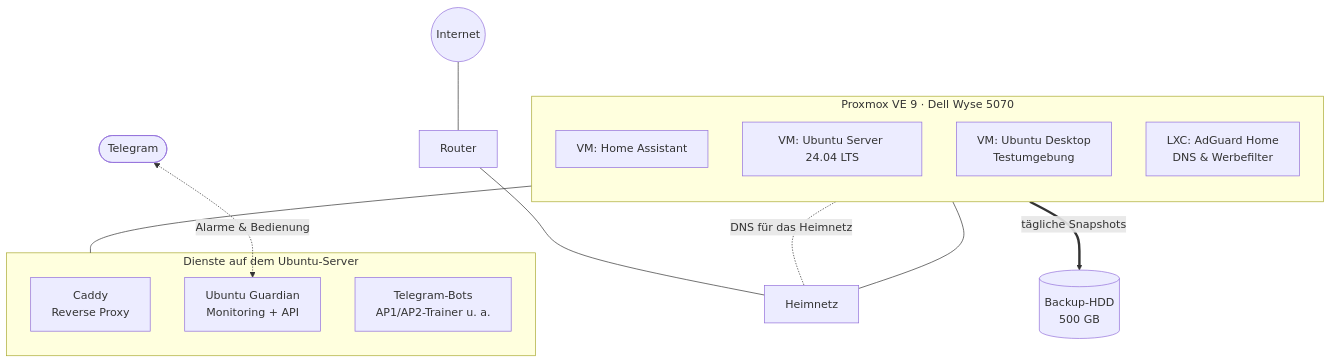
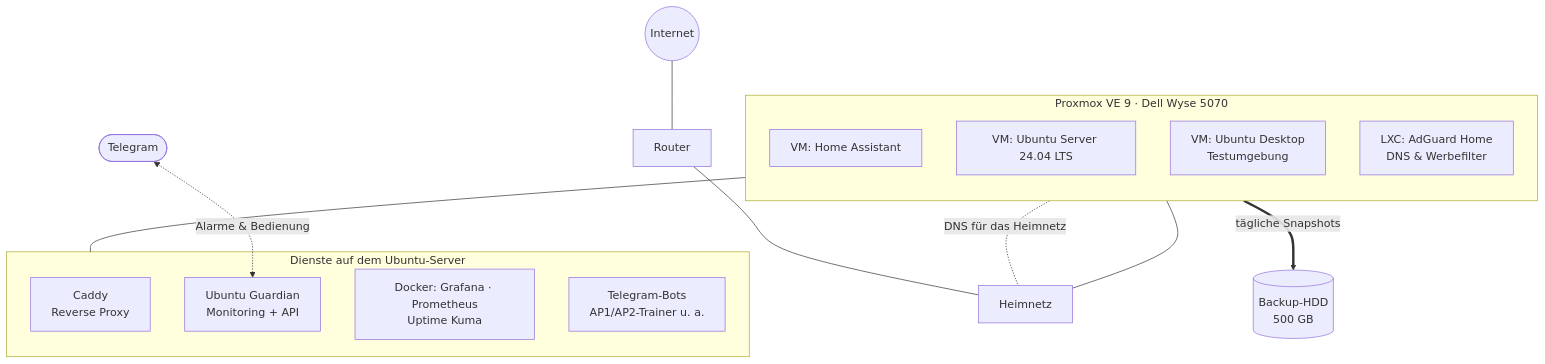
The diagram in README.md (eazzy1989/homelab), drawn with Mermaid before and after one commit. The commit also changed other lines of this file, not shown here.

````diff
--- a/README.md
+++ b/README.md
@@ -11,28 +11,29 @@
 ```mermaid
 flowchart TB
     INET((Internet)) --- ROUTER[Router]
     ROUTER --- LAN[Heimnetz]
 
     subgraph PVE[Proxmox VE 9 · Dell Wyse 5070]
         direction TB
         HA[VM: Home Assistant]
         UBU[VM: Ubuntu Server 24.04 LTS]
         DESK[VM: Ubuntu Desktop<br/>Testumgebung]
         ADG[LXC: AdGuard Home<br/>DNS & Werbefilter]
     end
 
     LAN --- PVE
     ADG -. DNS für das Heimnetz .- LAN
 
     subgraph SRV[Dienste auf dem Ubuntu-Server]
         CADDY[Caddy<br/>Reverse Proxy]
         GUARD[Ubuntu Guardian<br/>Monitoring + API]
+        MON[Docker: Grafana · Prometheus<br/>Uptime Kuma]
         BOTS[Telegram-Bots<br/>AP1/AP2-Trainer u. a.]
     end
     UBU --- SRV
 
     BK[(Backup-HDD<br/>500 GB)]
     PVE == tägliche Snapshots ==> BK
 
     TG([Telegram]) <-. Alarme & Bedienung .-> GUARD
 ```
````
